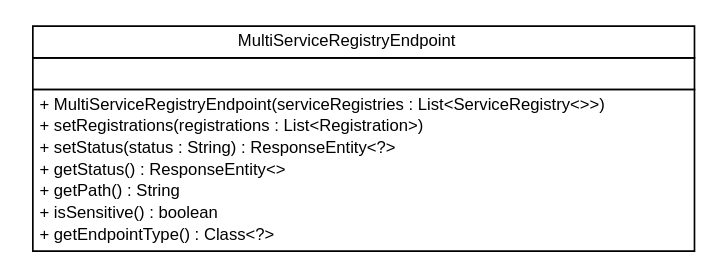
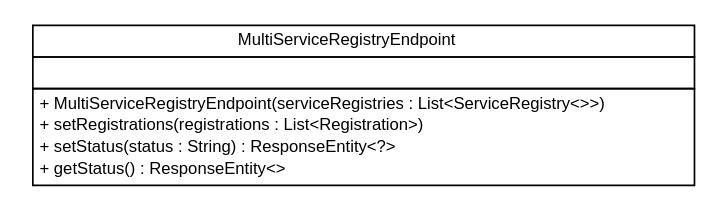
One commit to sfeng9d/spring-cloud-service-discovery changed the diagram in snapshot/build-docker/maven-build-java8/spring-cloud-service-discovery/spring-cloud-multi-registration/apidocs/org/springframework/cloud/client/serviceregistry/endpoint/org.springframework.cloud.client.serviceregistry.endpoint.dot. Above: the diagram before and after it, drawn with Graphviz. The commit also changed 92 other files, not shown here.

Commit message:
Creating site for spring-cloud-multi-registration-2.0.1-springboot2-SNAPSHOT

```diff
--- a/snapshot/build-docker/maven-build-java8/spring-cloud-service-discovery/spring-cloud-multi-registration/apidocs/org/springframework/cloud/client/serviceregistry/endpoint/org.springframework.cloud.client.serviceregistry.endpoint.dot
+++ b/snapshot/build-docker/maven-build-java8/spring-cloud-service-discovery/spring-cloud-multi-registration/apidocs/org/springframework/cloud/client/serviceregistry/endpoint/org.springframework.cloud.client.serviceregistry.endpoint.dot
@@ -1,30 +1,27 @@
 #!/usr/local/bin/dot
 #
 # Class diagram 
 # Generated by UMLGraph version R5_6-24-gf6e263 (http://www.umlgraph.org/)
 #
 
 digraph G {
 	edge [fontname="Helvetica",fontsize=10,labelfontname="Helvetica",labelfontsize=10];
 	node [fontname="Helvetica",fontsize=10,shape=plaintext];
 	nodesep=0.25;
 	ranksep=0.5;
 	// org.springframework.cloud.client.serviceregistry.endpoint.MultiServiceRegistryEndpoint
-	c21 [label=<<table title="org.springframework.cloud.client.serviceregistry.endpoint.MultiServiceRegistryEndpoint" border="0" cellborder="1" cellspacing="0" cellpadding="2" port="p" href="./MultiServiceRegistryEndpoint.html">
+	c23 [label=<<table title="org.springframework.cloud.client.serviceregistry.endpoint.MultiServiceRegistryEndpoint" border="0" cellborder="1" cellspacing="0" cellpadding="2" port="p" href="./MultiServiceRegistryEndpoint.html">
 		<tr><td><table border="0" cellspacing="0" cellpadding="1">
 <tr><td align="center" balign="center"> MultiServiceRegistryEndpoint </td></tr>
 		</table></td></tr>
 		<tr><td><table border="0" cellspacing="0" cellpadding="1">
 <tr><td align="left" balign="left">  </td></tr>
 		</table></td></tr>
 		<tr><td><table border="0" cellspacing="0" cellpadding="1">
 <tr><td align="left" balign="left"> + MultiServiceRegistryEndpoint(serviceRegistries : List&lt;ServiceRegistry&lt;&gt;&gt;) </td></tr>
 <tr><td align="left" balign="left"> + setRegistrations(registrations : List&lt;Registration&gt;) </td></tr>
 <tr><td align="left" balign="left"> + setStatus(status : String) : ResponseEntity&lt;?&gt; </td></tr>
 <tr><td align="left" balign="left"> + getStatus() : ResponseEntity&lt;&gt; </td></tr>
-<tr><td align="left" balign="left"> + getPath() : String </td></tr>
-<tr><td align="left" balign="left"> + isSensitive() : boolean </td></tr>
-<tr><td align="left" balign="left"> + getEndpointType() : Class&lt;?&gt; </td></tr>
 		</table></td></tr>
 		</table>>, URL="./MultiServiceRegistryEndpoint.html", fontname="Helvetica", fontcolor="black", fontsize=10.0];
 }
```
